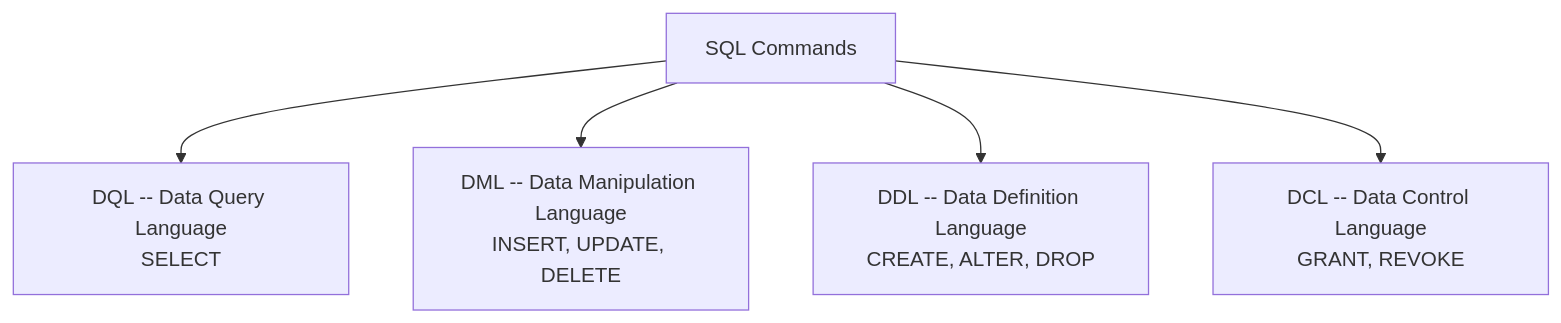
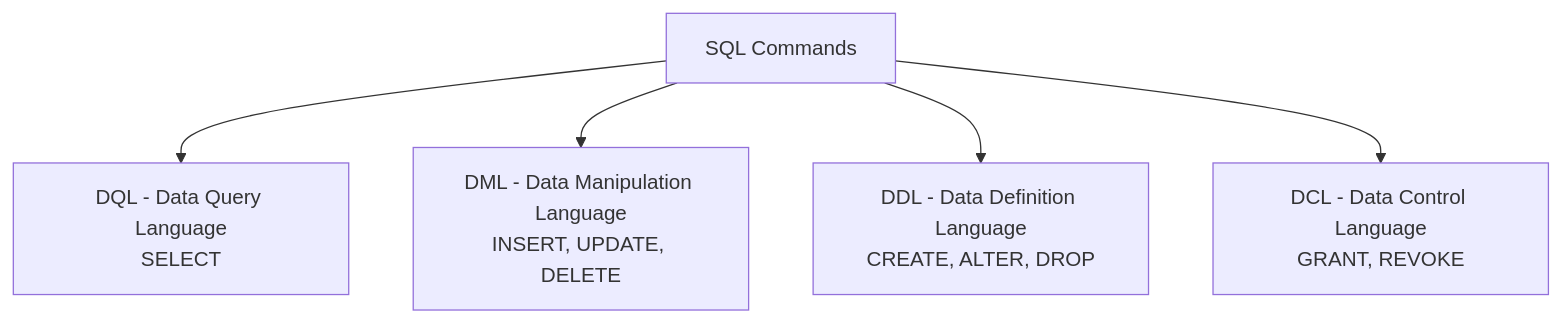
The second of 18 diagrams in docs/other/sql-guide.md (LucaNerlich/lucanerlich.com), drawn with Mermaid before and after one commit. The commit also changed other lines of this file and 226 other files, not shown here.

````diff
--- a/docs/other/sql-guide.md
+++ b/docs/other/sql-guide.md
@@ -74,8 +74,8 @@
 ```mermaid
 flowchart TD
     SQL["SQL Commands"]
-    SQL --> DQL["DQL -- Data Query Language<br/>SELECT"]
-    SQL --> DML["DML -- Data Manipulation Language<br/>INSERT, UPDATE, DELETE"]
-    SQL --> DDL["DDL -- Data Definition Language<br/>CREATE, ALTER, DROP"]
-    SQL --> DCL["DCL -- Data Control Language<br/>GRANT, REVOKE"]
+    SQL --> DQL["DQL - Data Query Language<br/>SELECT"]
+    SQL --> DML["DML - Data Manipulation Language<br/>INSERT, UPDATE, DELETE"]
+    SQL --> DDL["DDL - Data Definition Language<br/>CREATE, ALTER, DROP"]
+    SQL --> DCL["DCL - Data Control Language<br/>GRANT, REVOKE"]
 ```
````
